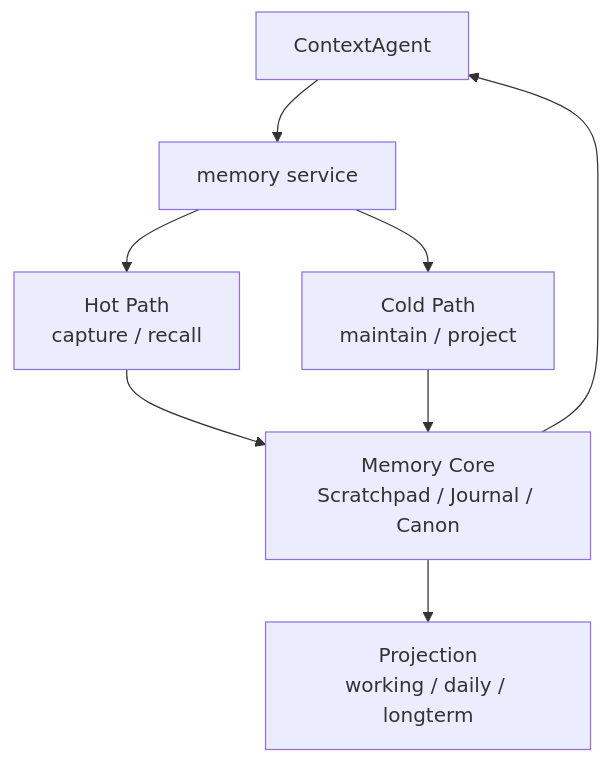
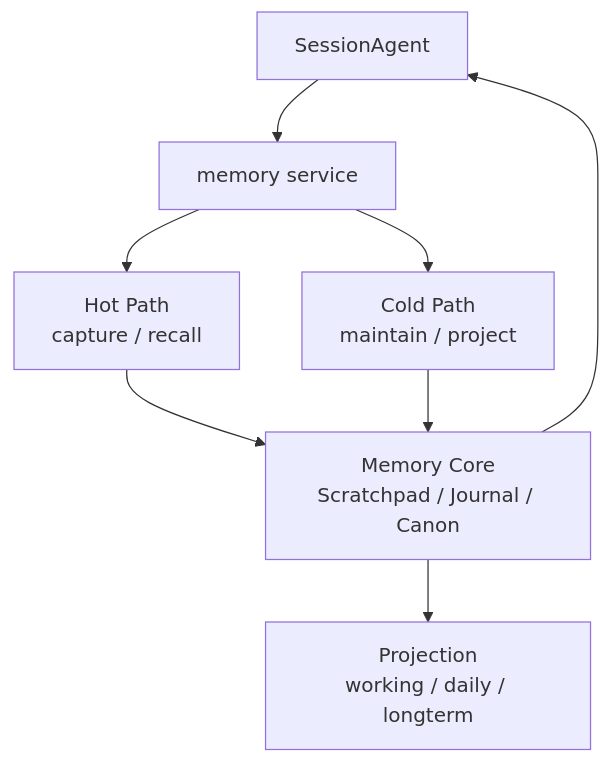
One commit to wangenius/downcity changed the second of 3 diagrams in homepage/content/devdocs/zh/memory/v3-design.mdx. Above: the diagram before and after it, drawn with Mermaid. The commit also changed other lines of this file and 34 other files, not shown here.

````diff
--- a/homepage/content/devdocs/zh/memory/v3-design.mdx
+++ b/homepage/content/devdocs/zh/memory/v3-design.mdx
@@ -67,17 +67,17 @@
 ```mermaid
 flowchart TD
-  CA["ContextAgent"]
+  CA["SessionAgent"]
   MS["memory service"]
   HOT["Hot Path<br/>capture / recall"]
   COLD["Cold Path<br/>maintain / project"]
   CORE["Memory Core<br/>Scratchpad / Journal / Canon"]
   VIEW["Projection<br/>working / daily / longterm"]
 
   CA --> MS
   MS --> HOT
   MS --> COLD
   HOT --> CORE
   COLD --> CORE
   CORE --> VIEW
   CORE --> CA
 ```
````
